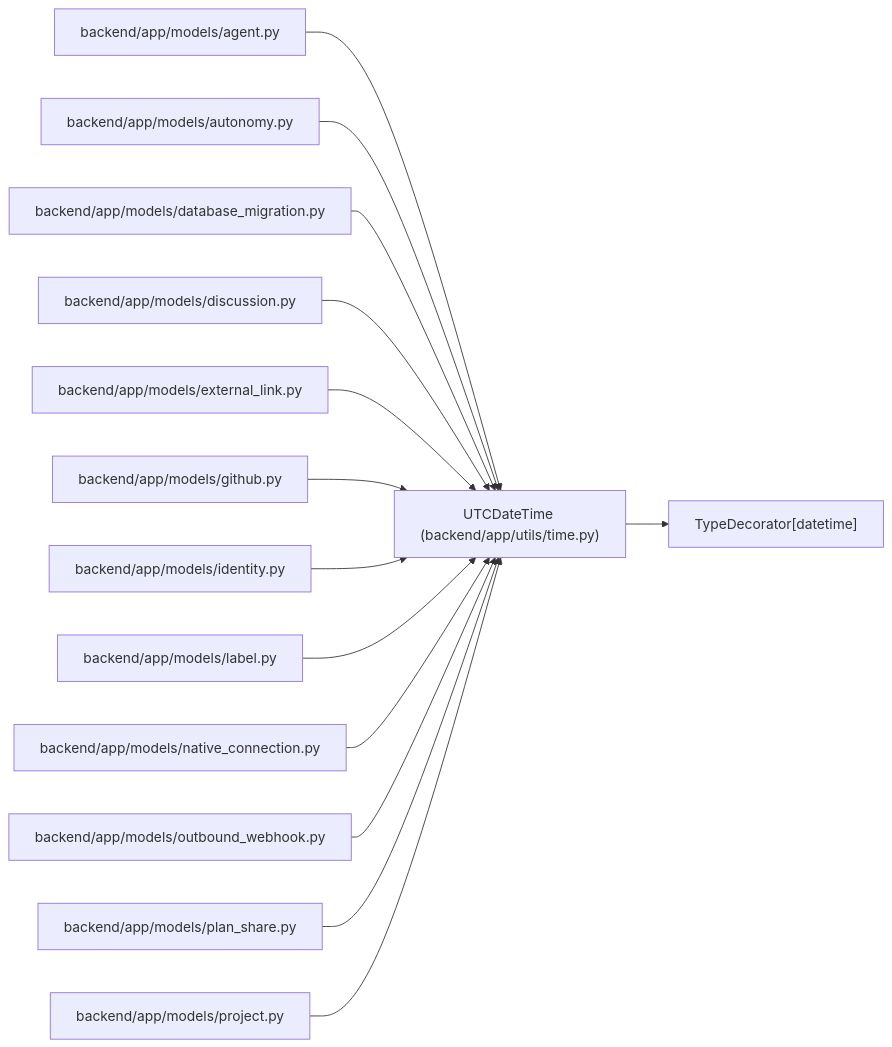
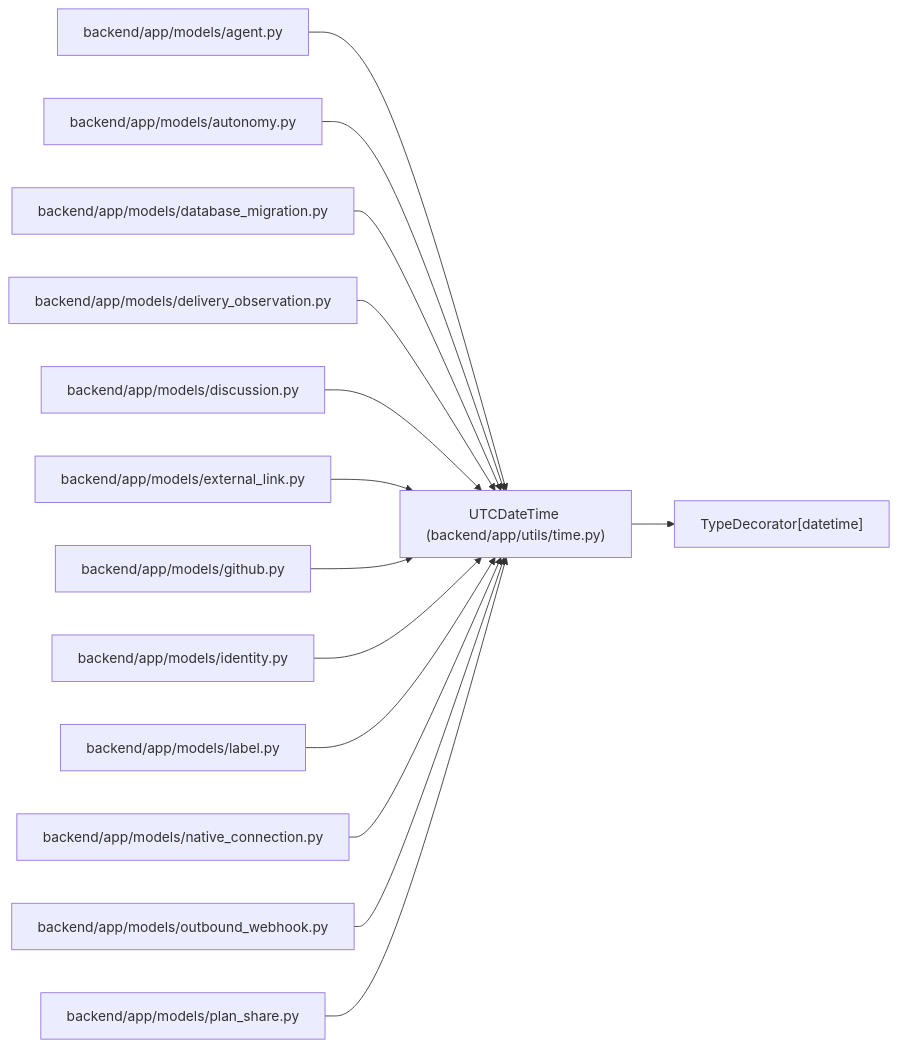
The diagram in docs/llm_wiki/entities/UTCDateTime.md (Denissvgn/WorkChord), drawn with Mermaid before and after one commit. The commit also changed other lines of this file and 628 other files, not shown here.

````diff
--- a/docs/llm_wiki/entities/UTCDateTime.md
+++ b/docs/llm_wiki/entities/UTCDateTime.md
@@ -31,43 +31,43 @@
 ```mermaid
 flowchart LR
     n0["UTCDateTime (backend/app/utils/time.py)"]
     n1["TypeDecorator[datetime]"]
     n2["backend/app/models/agent.py"]
     n3["backend/app/models/autonomy.py"]
     n4["backend/app/models/database_migration.py"]
-    n5["backend/app/models/discussion.py"]
-    n6["backend/app/models/external_link.py"]
-    n7["backend/app/models/github.py"]
-    n8["backend/app/models/identity.py"]
-    n9["backend/app/models/label.py"]
-    n10["backend/app/models/native_connection.py"]
-    n11["backend/app/models/outbound_webhook.py"]
-    n12["backend/app/models/plan_share.py"]
-    n13["backend/app/models/project.py"]
+    n5["backend/app/models/delivery_observation.py"]
+    n6["backend/app/models/discussion.py"]
+    n7["backend/app/models/external_link.py"]
+    n8["backend/app/models/github.py"]
+    n9["backend/app/models/identity.py"]
+    n10["backend/app/models/label.py"]
+    n11["backend/app/models/native_connection.py"]
+    n12["backend/app/models/outbound_webhook.py"]
+    n13["backend/app/models/plan_share.py"]
     n0 --> n1
     n2 --> n0
     n3 --> n0
     n4 --> n0
     n5 --> n0
     n6 --> n0
     n7 --> n0
     n8 --> n0
     n9 --> n0
     n10 --> n0
     n11 --> n0
     n12 --> n0
     n13 --> n0
     click n0 "../modules/time.md"
     click n2 "../modules/models_agent.md"
     click n3 "../modules/models_autonomy.md"
     click n4 "../modules/models_database_migration.md"
-    click n5 "../modules/models_discussion.md"
-    click n6 "../modules/models_external_link.md"
-    click n7 "../modules/models_github.md"
-    click n8 "../modules/models_identity.md"
-    click n9 "../modules/models_label.md"
-    click n10 "../modules/native_connection.md"
-    click n11 "../modules/models_outbound_webhook.md"
-    click n12 "../modules/models_plan_share.md"
-    click n13 "../modules/models_project.md"
+    click n5 "../modules/delivery_observation.md"
+    click n6 "../modules/models_discussion.md"
+    click n7 "../modules/models_external_link.md"
+    click n8 "../modules/models_github.md"
+    click n9 "../modules/models_identity.md"
+    click n10 "../modules/models_label.md"
+    click n11 "../modules/native_connection.md"
+    click n12 "../modules/models_outbound_webhook.md"
+    click n13 "../modules/models_plan_share.md"
 ```
````
